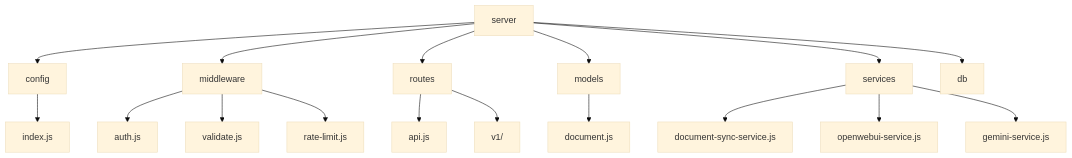
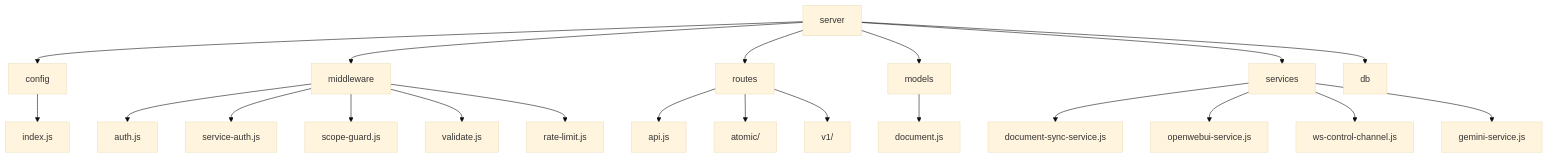
Before and after one commit to ideeinfo/TwinSight: the first of 8 diagrams in .qoder/repowiki/zh/content/后端架构/后端架构.md, drawn with Mermaid (base theme). The commit also changed other lines of this file and 9 other files, not shown here.

````diff
--- a/.qoder/repowiki/zh/content/后端架构/后端架构.md
+++ b/.qoder/repowiki/zh/content/后端架构/后端架构.md
@@ -35,19 +42,23 @@
 ```mermaid
 graph TD
 A[server] --> B[config]
 A --> C[middleware]
 A --> D[routes]
 A --> E[models]
 A --> F[services]
 A --> G[db]
 B --> H[index.js]
 C --> I[auth.js]
-C --> J[validate.js]
-C --> K[rate-limit.js]
-D --> L[api.js]
-D --> M[v1/]
-E --> N[document.js]
-F --> O[document-sync-service.js]
-F --> P[openwebui-service.js]
-F --> Q[gemini-service.js]
+C --> J[service-auth.js]
+C --> K[scope-guard.js]
+C --> L[validate.js]
+C --> M[rate-limit.js]
+D --> N[api.js]
+D --> O[atomic/]
+D --> P[v1/]
+E --> Q[document.js]
+F --> R[document-sync-service.js]
+F --> S[openwebui-service.js]
+F --> T[ws-control-channel.js]
+F --> U[gemini-service.js]
 ```
````
